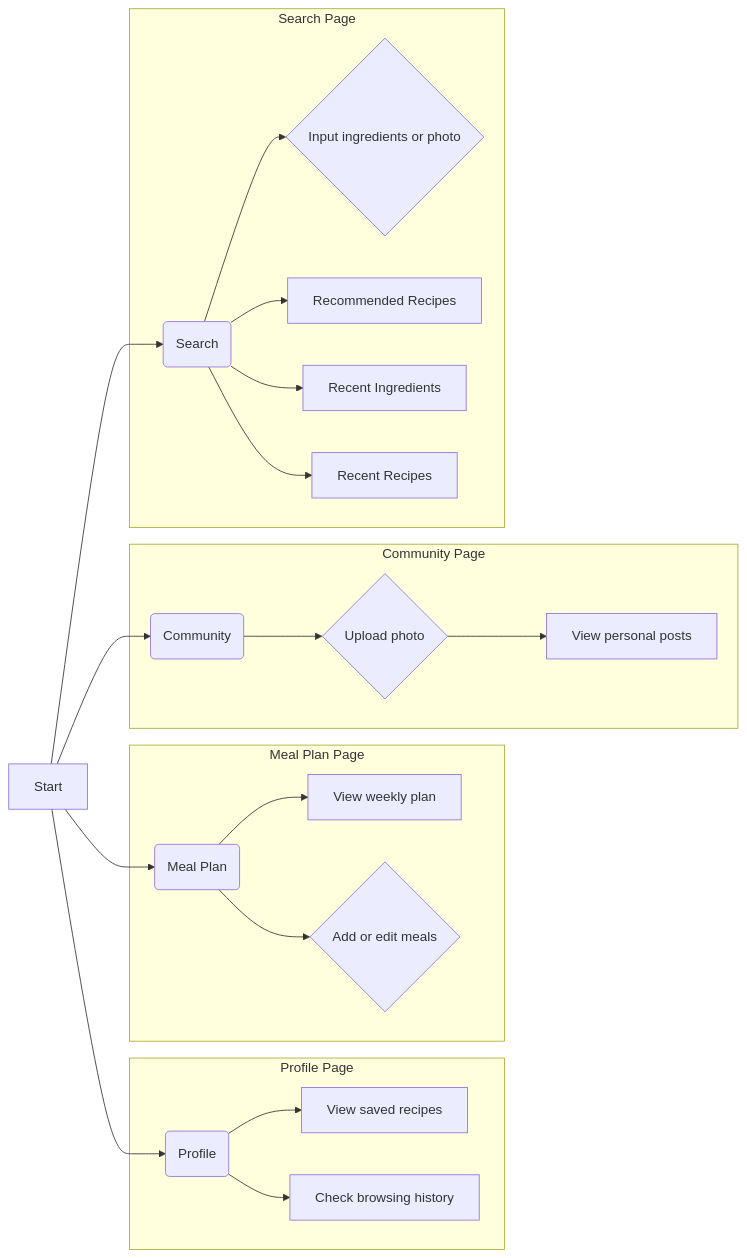
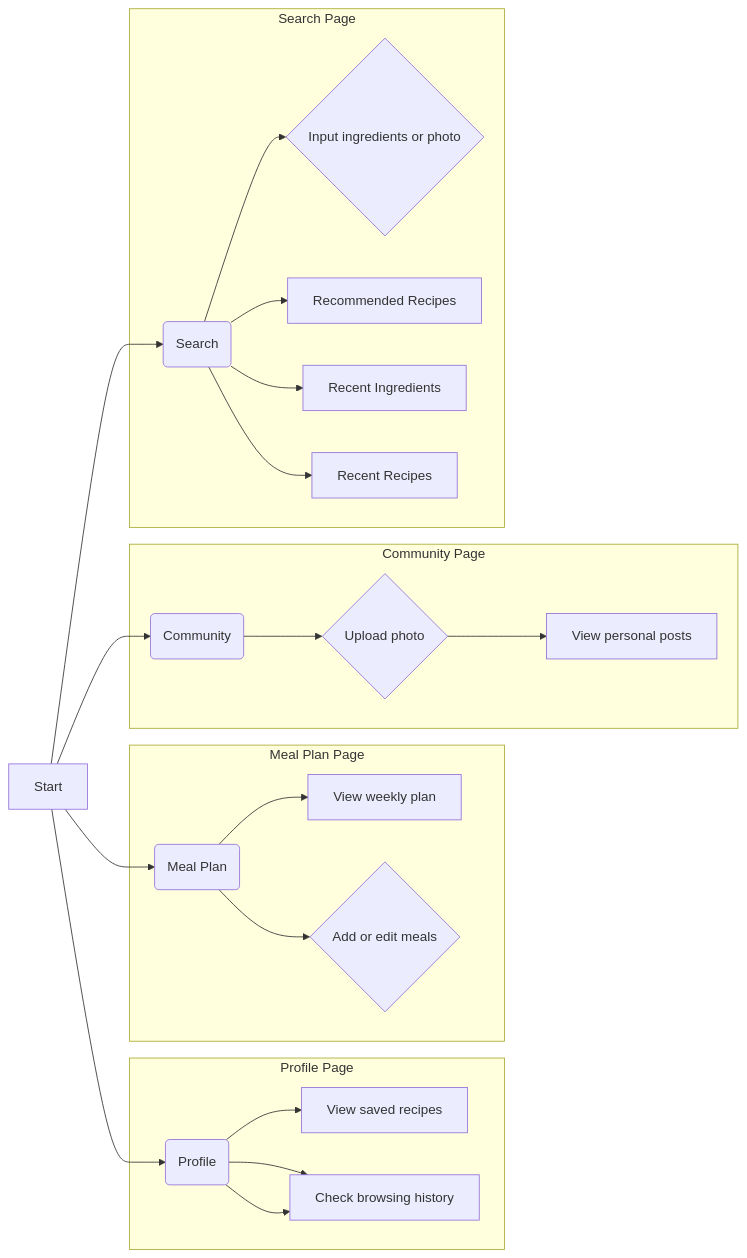
Before and after one commit to seven8301/iodraw-files: the diagram in all/未命名-2.md, drawn with Mermaid.

Commit message:
2025-04-09 19:26:04 update

````diff
--- a/all/未命名-2.md
+++ b/all/未命名-2.md
@@ -1,29 +1,30 @@
 ```mermaid
 graph LR
     A[Start] --> B(Search);
     A --> C(Community);
     A --> D(Meal Plan);
     A --> E(Profile);
 
     
     subgraph "Profile Page"
         E --> L[View saved recipes];
         E --> M[Check browsing history];
-        
+        E --> M[Check browsing history];
+
         
     end
       subgraph "Meal Plan Page"
         D --> J[View weekly plan];
         D --> K{Add or edit meals};
     end
      subgraph "Community Page"
         C --> H{Upload photo};
         H --> I[View personal posts];
     end
     subgraph "Search Page"
         B --> F{Input ingredients or photo};
         B --> G[Recommended Recipes];
         B --> N[Recent Ingredients];
         B --> O[Recent Recipes];
     end
 ```
````
